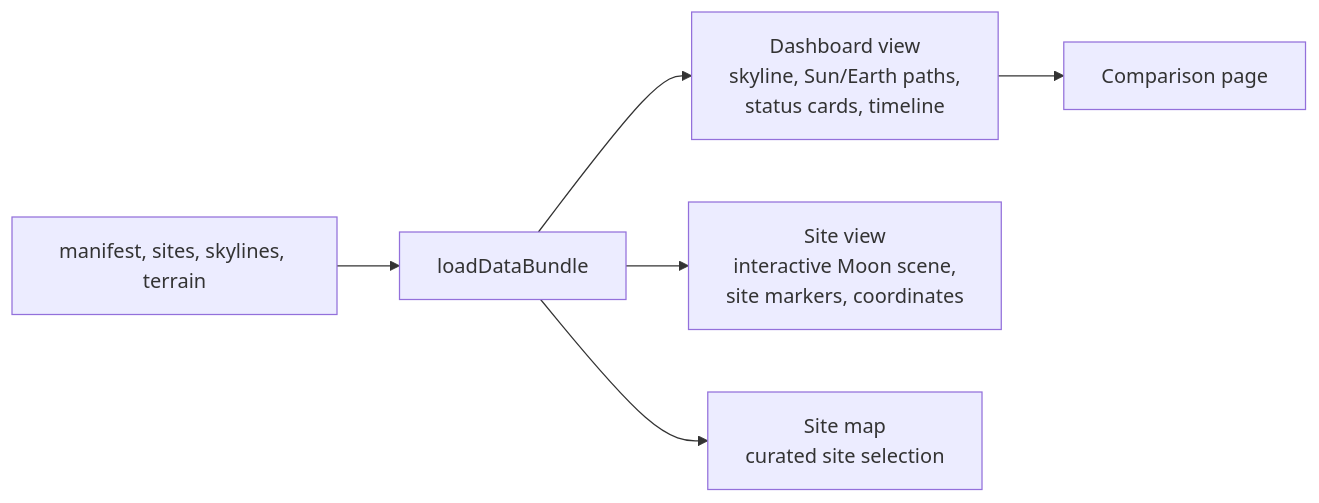
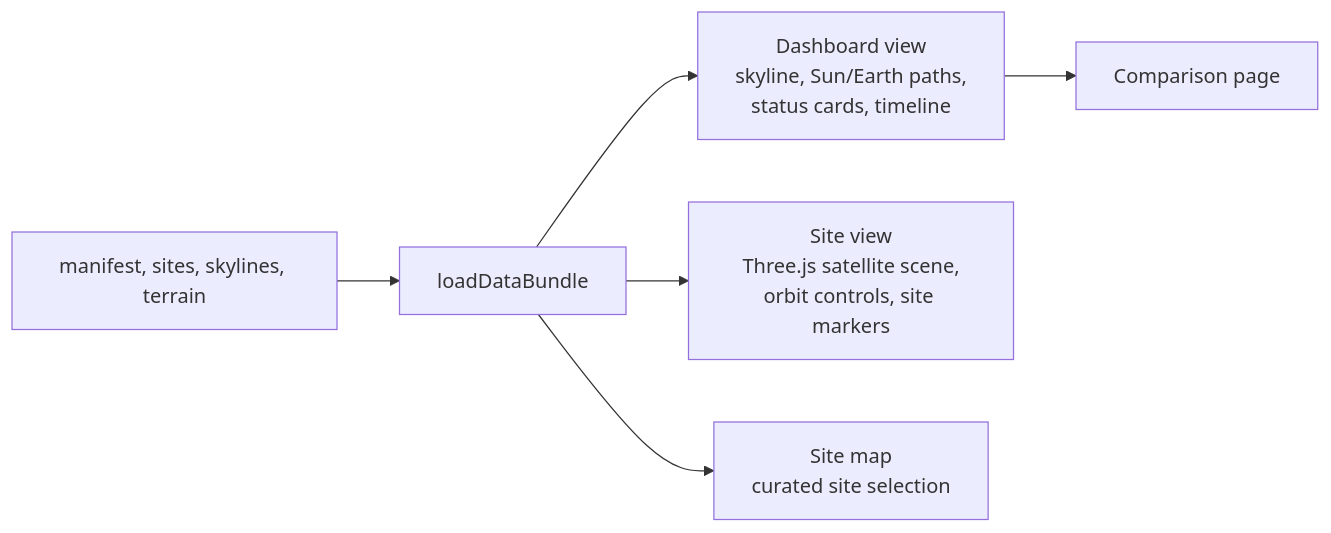
Before and after one commit to Yacin1102/Lunar-Landing-Site-Navigator: the third of 9 diagrams in docs/ARCHITECTURE.md, drawn with Mermaid. The commit also changed other lines of this file and 5 other files, not shown here.

Commit message:
Build Three.js satellite site view

````diff
--- a/docs/ARCHITECTURE.md
+++ b/docs/ARCHITECTURE.md
@@ -93,8 +93,8 @@
 ```mermaid
 flowchart LR
     data[manifest, sites, skylines, terrain] --> bundle[loadDataBundle]
     bundle --> dashboard[Dashboard view<br/>skyline, Sun/Earth paths,<br/>status cards, timeline]
-    bundle -->     siteview[Site view<br/>interactive Moon scene,<br/>site markers, coordinates]
+    bundle -->     siteview[Site view<br/>Three.js satellite scene,<br/>orbit controls, site markers]
     bundle --> map[Site map<br/>curated site selection]
     dashboard --> compare[Comparison page]
 ```
````
